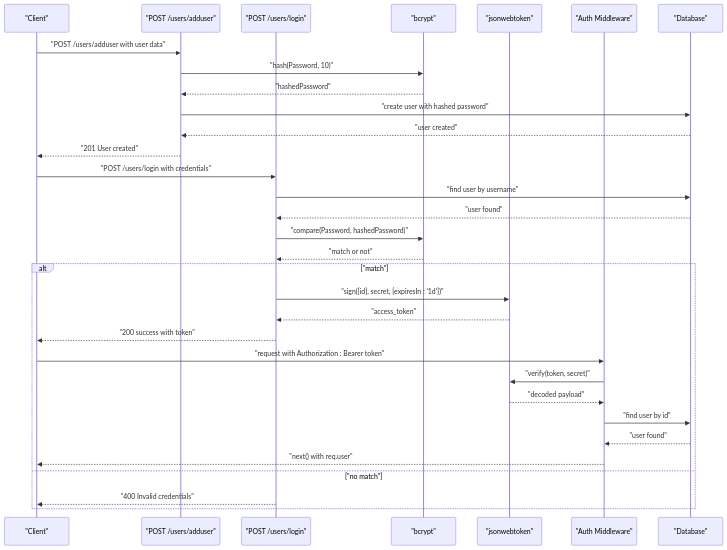
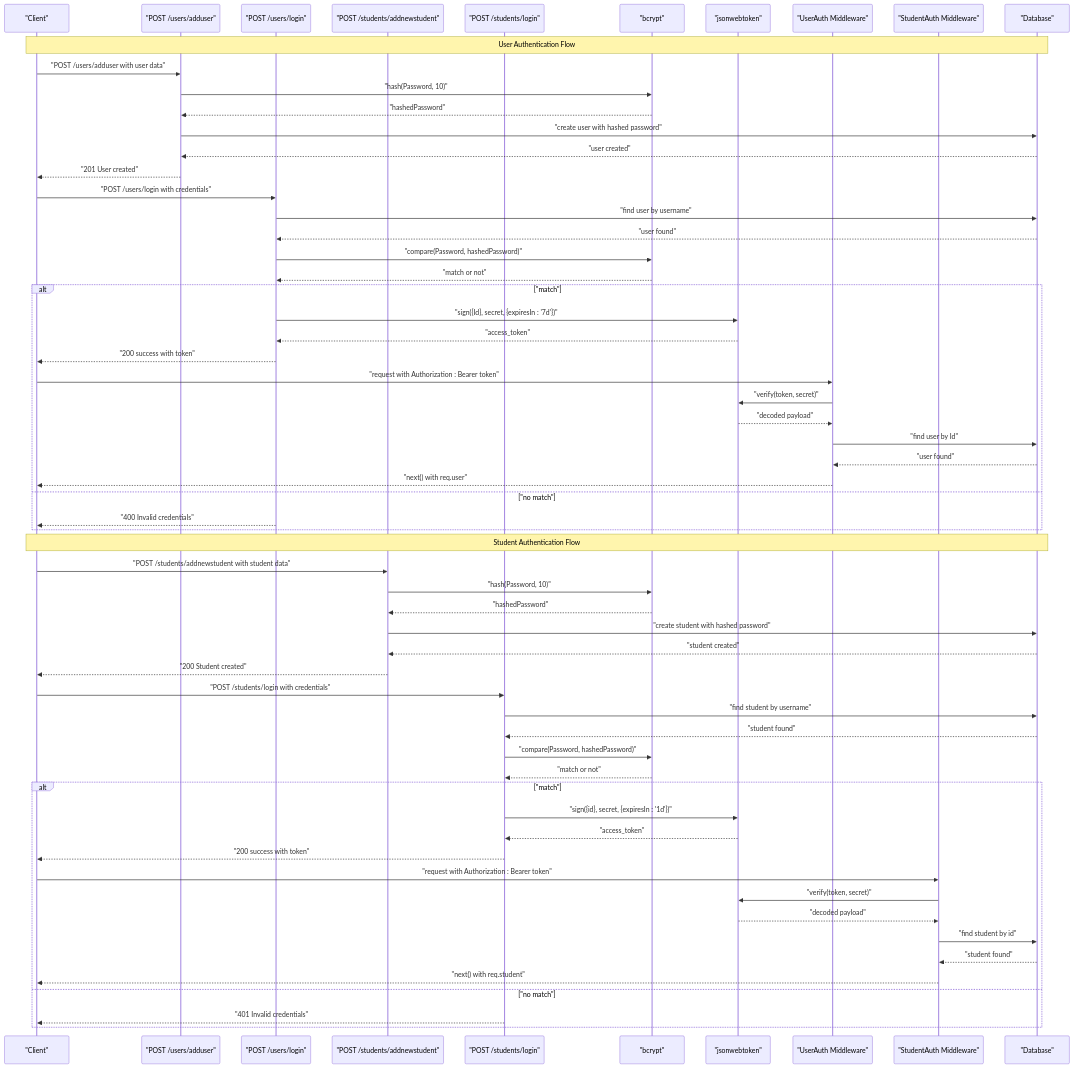
One commit to Mreng78/khirocom_project changed the fifth of 6 diagrams in .qoder/repowiki/en/content/Authentication & Authorization/Authentication & Authorization.md. Above: the diagram before and after it, drawn with Mermaid. The commit also changed other lines of this file and 17 other files, not shown here.

````diff
--- a/.qoder/repowiki/en/content/Authentication & Authorization/Authentication & Authorization.md
+++ b/.qoder/repowiki/en/content/Authentication & Authorization/Authentication & Authorization.md
@@ -202,34 +316,63 @@
 ```mermaid
 sequenceDiagram
 participant Client as "Client"
-participant Register as "POST /users/adduser"
-participant Login as "POST /users/login"
+participant UserRegister as "POST /users/adduser"
+participant UserLogin as "POST /users/login"
+participant StudentRegister as "POST /students/addnewstudent"
+participant StudentLogin as "POST /students/login"
 participant Hash as "bcrypt"
 participant JWT as "jsonwebtoken"
-participant MW as "Auth Middleware"
+participant UserMW as "UserAuth Middleware"
+participant StudentMW as "StudentAuth Middleware"
 participant DB as "Database"
-Client->>Register : "POST /users/adduser with user data"
-Register->>Hash : "hash(Password, 10)"
-Hash-->>Register : "hashedPassword"
-Register->>DB : "create user with hashed password"
-DB-->>Register : "user created"
-Register-->>Client : "201 User created"
-Client->>Login : "POST /users/login with credentials"
-Login->>DB : "find user by username"
-DB-->>Login : "user found"
-Login->>Hash : "compare(Password, hashedPassword)"
-Hash-->>Login : "match or not"
+Note over Client,DB : User Authentication Flow
+Client->>UserRegister : "POST /users/adduser with user data"
+UserRegister->>Hash : "hash(Password, 10)"
+Hash-->>UserRegister : "hashedPassword"
+UserRegister->>DB : "create user with hashed password"
+DB-->>UserRegister : "user created"
+UserRegister-->>Client : "201 User created"
+Client->>UserLogin : "POST /users/login with credentials"
+UserLogin->>DB : "find user by username"
+DB-->>UserLogin : "user found"
+UserLogin->>Hash : "compare(Password, hashedPassword)"
+Hash-->>UserLogin : "match or not"
 alt "match"
-Login->>JWT : "sign({id}, secret, {expiresIn : '1d'})"
-JWT-->>Login : "access_token"
-Login-->>Client : "200 success with token"
-Client->>MW : "request with Authorization : Bearer token"
-MW->>JWT : "verify(token, secret)"
-JWT-->>MW : "decoded payload"
-MW->>DB : "find user by id"
-DB-->>MW : "user found"
-MW-->>Client : "next() with req.user"
+UserLogin->>JWT : "sign({Id}, secret, {expiresIn : '7d'})"
+JWT-->>UserLogin : "access_token"
+UserLogin-->>Client : "200 success with token"
+Client->>UserMW : "request with Authorization : Bearer token"
+UserMW->>JWT : "verify(token, secret)"
+JWT-->>UserMW : "decoded payload"
+UserMW->>DB : "find user by Id"
+DB-->>UserMW : "user found"
+UserMW-->>Client : "next() with req.user"
 else "no match"
-Login-->>Client : "400 Invalid credentials"
+UserLogin-->>Client : "400 Invalid credentials"
+end
+Note over Client,DB : Student Authentication Flow
+Client->>StudentRegister : "POST /students/addnewstudent with student data"
+StudentRegister->>Hash : "hash(Password, 10)"
+Hash-->>StudentRegister : "hashedPassword"
+StudentRegister->>DB : "create student with hashed password"
+DB-->>StudentRegister : "student created"
+StudentRegister-->>Client : "200 Student created"
+Client->>StudentLogin : "POST /students/login with credentials"
+StudentLogin->>DB : "find student by username"
+DB-->>StudentLogin : "student found"
+StudentLogin->>Hash : "compare(Password, hashedPassword)"
+Hash-->>StudentLogin : "match or not"
+alt "match"
+StudentLogin->>JWT : "sign({id}, secret, {expiresIn : '1d'})"
+JWT-->>StudentLogin : "access_token"
+StudentLogin-->>Client : "200 success with token"
+Client->>StudentMW : "request with Authorization : Bearer token"
+StudentMW->>JWT : "verify(token, secret)"
+JWT-->>StudentMW : "decoded payload"
+StudentMW->>DB : "find student by id"
+DB-->>StudentMW : "student found"
+StudentMW-->>Client : "next() with req.student"
+else "no match"
+StudentLogin-->>Client : "401 Invalid credentials"
 end
 ```
````
